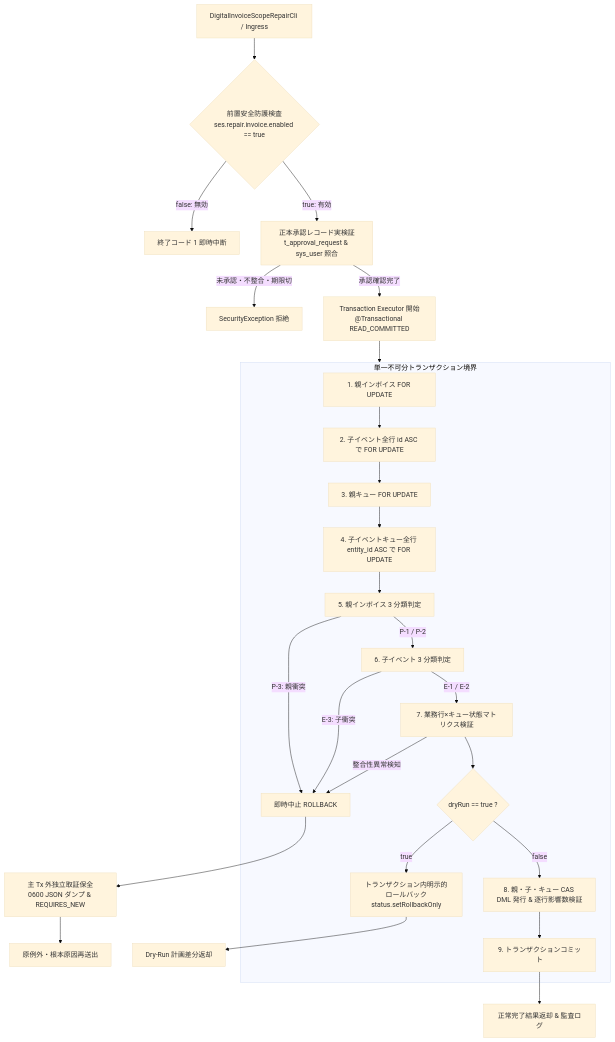
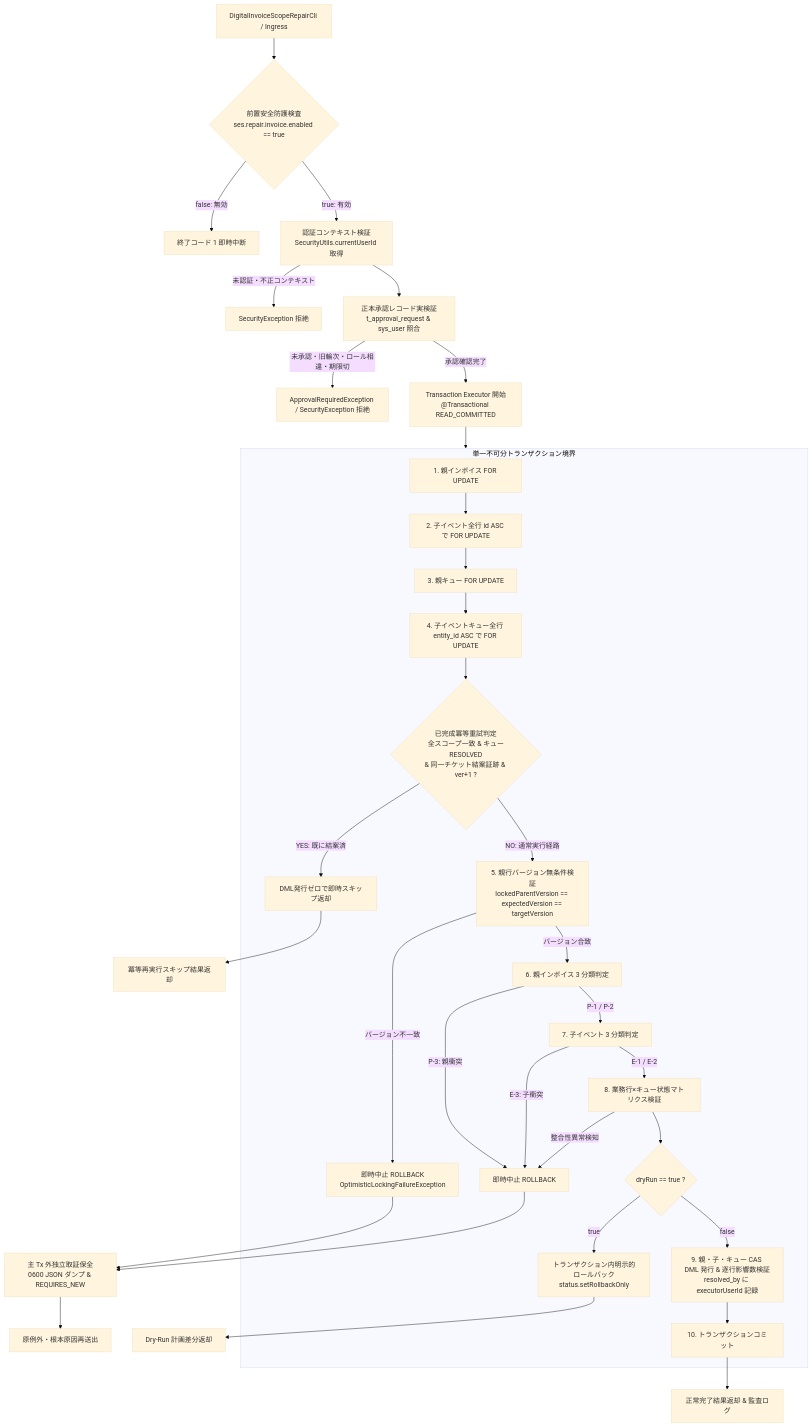
Before and after one commit to satoshi2024/ses-manager-pro: the first of 2 diagrams in .kiro/specs/asset-account-license-lifecycle/v182-repair-executor-boundary-a-plan.md, drawn with Mermaid (base theme). The commit also changed other lines of this file and 1 other file, not shown here.

````diff
--- a/.kiro/specs/asset-account-license-lifecycle/v182-repair-executor-boundary-a-plan.md
+++ b/.kiro/specs/asset-account-license-lifecycle/v182-repair-executor-boundary-a-plan.md
@@ -45,31 +46,40 @@
 ```mermaid
 flowchart TD
     CLI[DigitalInvoiceScopeRepairCli / Ingress] --> GateCheck{前置安全防護検査<br/>ses.repair.invoice.enabled == true}
     GateCheck -->|false: 無効| AbortDisabled[終了コード 1 即時中断]
-    GateCheck -->|true: 有効| AuthVerify[正本承認レコード実検証<br/>t_approval_request & sys_user 照合]
+    GateCheck -->|true: 有効| AuthContext[認証コンテキスト検証<br/>SecurityUtils.currentUserId 取得]
 
-    AuthVerify -->|未承認・不整合・期限切| AbortAppr[SecurityException 拒絶]
+    AuthContext -->|未認証・不正コンテキスト| AbortAuth[SecurityException 拒絶]
+    AuthContext --> AuthVerify[正本承認レコード実検証<br/>t_approval_request & sys_user 照合]
+
+    AuthVerify -->|未承認・旧輪次・ロール相違・期限切| AbortAppr[ApprovalRequiredException / SecurityException 拒絶]
     AuthVerify -->|承認確認完了| TxExec[Transaction Executor 開始<br/>@Transactional READ_COMMITTED]
 
     subgraph TxBoundary [単一不可分トランザクション境界]
         Lock1[1. 親インボイス FOR UPDATE] --> Lock2[2. 子イベント全行 id ASC で FOR UPDATE]
         Lock2 --> Lock3[3. 親キュー FOR UPDATE]
         Lock3 --> Lock4[4. 子イベントキュー全行 entity_id ASC で FOR UPDATE]
-        Lock4 --> ParentClassify[5. 親インボイス 3 分類判定]
+        Lock4 --> CheckCompleted{已完成冪等重試判定<br/>全スコープ一致 & キューRESOLVED<br/>& 同一チケット結案証跡 & ver+1 ?}
+        CheckCompleted -->|YES: 既に結案済| SkipCompleted[DML発行ゼロで即時スキップ返却]
+        CheckCompleted -->|NO: 通常実行経路| VerVerify[5. 親行バージョン無条件検証<br/>lockedParentVersion == expectedVersion == targetVersion]
+        VerVerify -->|バージョン不一致| TxRollbackVer[即時中止 ROLLBACK<br/>OptimisticLockingFailureException]
+        VerVerify -->|バージョン合致| ParentClassify[6. 親インボイス 3 分類判定]
         ParentClassify -->|P-3: 親衝突| TxRollback[即時中止 ROLLBACK]
-        ParentClassify -->|P-1 / P-2| EvtClassify[6. 子イベント 3 分類判定]
+        ParentClassify -->|P-1 / P-2| EvtClassify[7. 子イベント 3 分類判定]
         EvtClassify -->|E-3: 子衝突| TxRollback
-        EvtClassify -->|E-1 / E-2| StateMatrix[7. 業務行×キュー状態マトリクス検証]
+        EvtClassify -->|E-1 / E-2| StateMatrix[8. 業務行×キュー状態マトリクス検証]
         StateMatrix -->|整合性異常検知| TxRollback
         StateMatrix --> DryRunCheck{dryRun == true ?}
         DryRunCheck -->|true| SetRbOnly[トランザクション内明示的ロールバック<br/>status.setRollbackOnly]
-        DryRunCheck -->|false| DmlExec[8. 親・子・キュー CAS DML 発行 & 逐行影響数検証]
-        DmlExec --> TxCommit[9. トランザクションコミット]
+        DryRunCheck -->|false| DmlExec[9. 親・子・キュー CAS DML 発行 & 逐行影響数検証<br/>resolved_by に executorUserId 記録]
+        DmlExec --> TxCommit[10. トランザクションコミット]
     end
 
     TxExec --> TxBoundary
     TxCommit --> SuccessResult[正常完了結果返却 & 監査ログ]
     SetRbOnly --> DryRunResult[Dry-Run 計画差分返却]
-    TxRollback --> OutOfBandForensics[主 Tx 外独立取証保全<br/>0600 JSON ダンプ & REQUIRES_NEW]
+    SkipCompleted --> IdempotentResult[冪等再実行スキップ結果返却]
+    TxRollbackVer --> OutOfBandForensics[主 Tx 外独立取証保全<br/>0600 JSON ダンプ & REQUIRES_NEW]
+    TxRollback --> OutOfBandForensics
     OutOfBandForensics --> ThrowOriginal[原例外・根本原因再送出]
 ```
````
